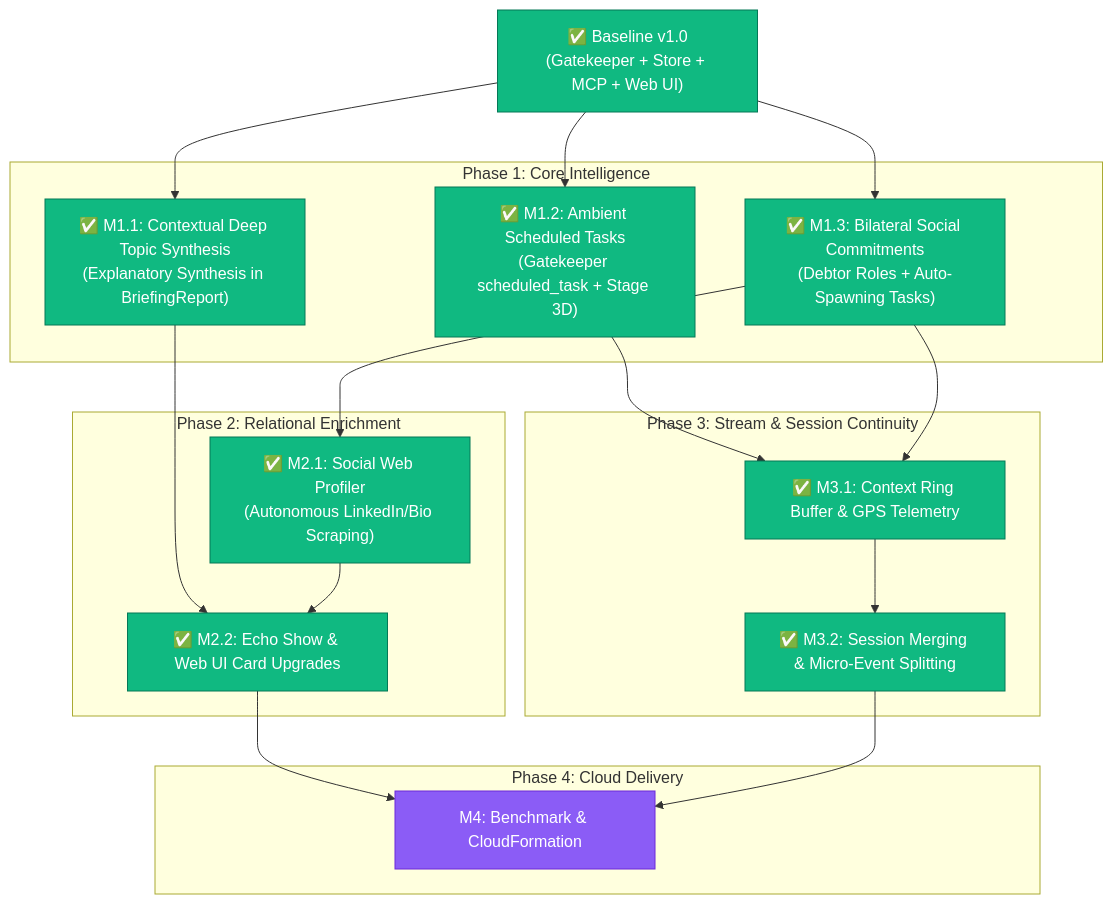
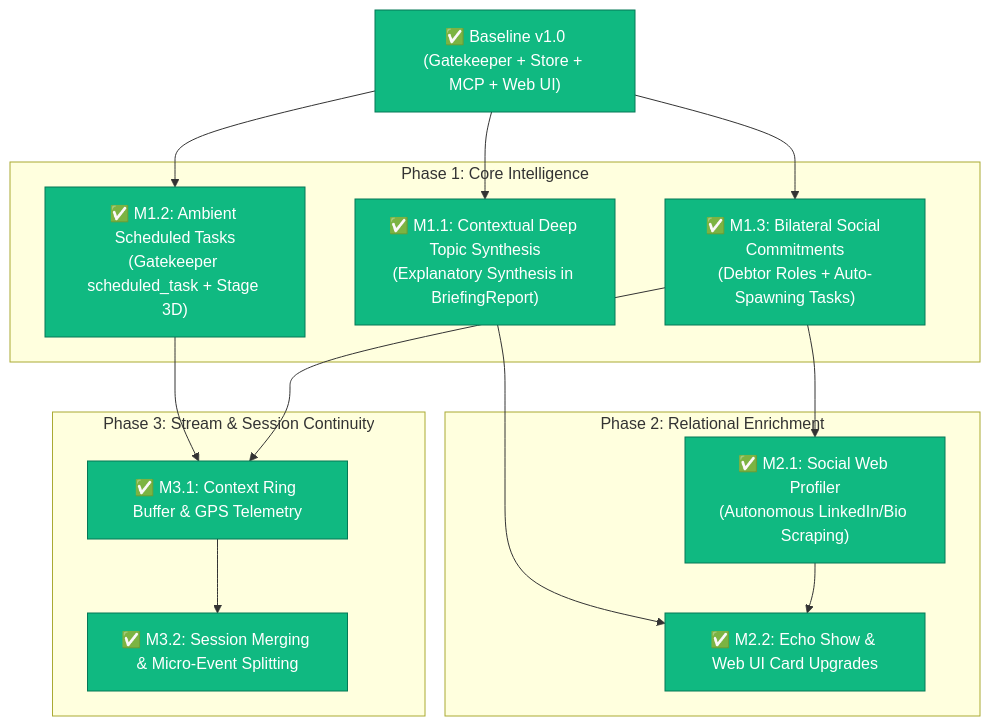
One commit to D3M1S22/examen changed the diagram in docs/next_steps/ROADMAP.md. Above: the diagram before and after it, drawn with Mermaid. The commit also changed other lines of this file, not shown here.

Commit message:
docs: update roadmap baseline to v1.3.0 and mark phase 3 milestones as completed

````diff
--- a/docs/next_steps/ROADMAP.md
+++ b/docs/next_steps/ROADMAP.md
@@ -255,40 +247,34 @@
 ```mermaid
 graph TD
     classDef done fill:#10b981,stroke:#047857,color:#ffffff;
     classDef ready fill:#8b5cf6,stroke:#6d28d9,color:#ffffff;
     classDef planned fill:#1e293b,stroke:#475569,color:#cbd5e1;
 
     B0["✅ Baseline v1.0<br/>(Gatekeeper + Store + MCP + Web UI)"]:::done
 
     subgraph Phase_1 ["Phase 1: Core Intelligence"]
         M11["✅ M1.1: Contextual Deep Topic Synthesis<br/>(Explanatory Synthesis in BriefingReport)"]:::done
         M12["✅ M1.2: Ambient Scheduled Tasks<br/>(Gatekeeper scheduled_task + Stage 3D)"]:::done
         M13["✅ M1.3: Bilateral Social Commitments<br/>(Debtor Roles + Auto-Spawning Tasks)"]:::done
     end
 
     subgraph Phase_2 ["Phase 2: Relational Enrichment"]
         M21["✅ M2.1: Social Web Profiler<br/>(Autonomous LinkedIn/Bio Scraping)"]:::done
         M22["✅ M2.2: Echo Show & Web UI Card Upgrades"]:::done
     end
 
     subgraph Phase_3 ["Phase 3: Stream & Session Continuity"]
         M31["✅ M3.1: Context Ring Buffer & GPS Telemetry"]:::done
         M32["✅ M3.2: Session Merging & Micro-Event Splitting"]:::done
     end
 
-    subgraph Phase_4 ["Phase 4: Cloud Delivery"]
-        M4["M4: Benchmark & CloudFormation"]:::ready
-    end
-
     B0 --> M11
     B0 --> M12
     B0 --> M13
 
     M13 --> M21
     M11 & M21 --> M22
 
     M12 & M13 --> M31
     M31 --> M32
-
-    M22 & M32 --> M4
 ```
````
